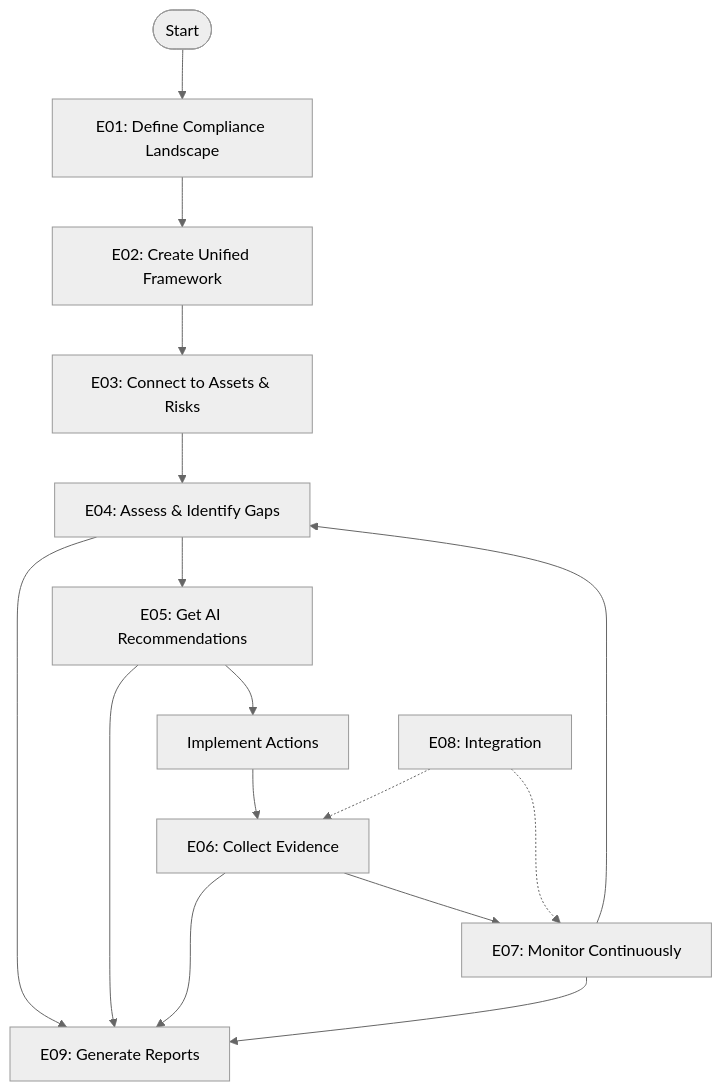
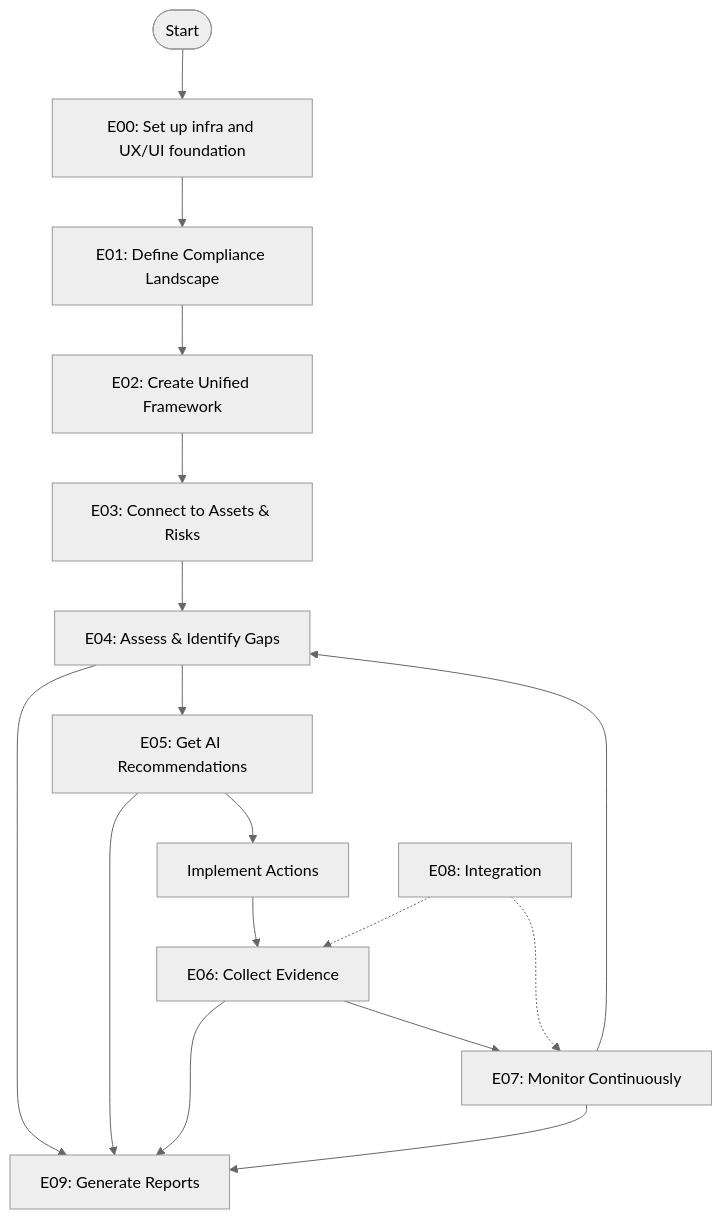
One commit to TH3ndr1/simpltrust_mvp changed the second of 2 diagrams in docs/project_management/epics.md. Above: the diagram before and after it, drawn with Mermaid (neutral theme). The commit also changed other lines of this file and 8 other files, not shown here.

````diff
--- a/docs/project_management/epics.md
+++ b/docs/project_management/epics.md
@@ -66,18 +70,19 @@
 ```mermaid
 graph TD
-    Start([Start]) --> E01[E01: Define Compliance Landscape]
+    Start([Start]) --> E00[E00: Set up infra and UX/UI foundation]
+    E00 --> E01[E01: Define Compliance Landscape]
     E01 --> E02[E02: Create Unified Framework]
     E02 --> E03[E03: Connect to Assets & Risks]
     E03 --> E04[E04: Assess & Identify Gaps]
     E04 --> E05[E05: Get AI Recommendations]
     E05 --> Implement[Implement Actions]
     Implement --> E06[E06: Collect Evidence]
     E06 --> E07[E07: Monitor Continuously]
     E07 --> E04
     E04 --> E09[E09: Generate Reports]
     E05 --> E09
     E06 --> E09
     E07 --> E09
     E08[E08: Integration] -.-> E07
     E08 -.-> E06
 ``` 
````
